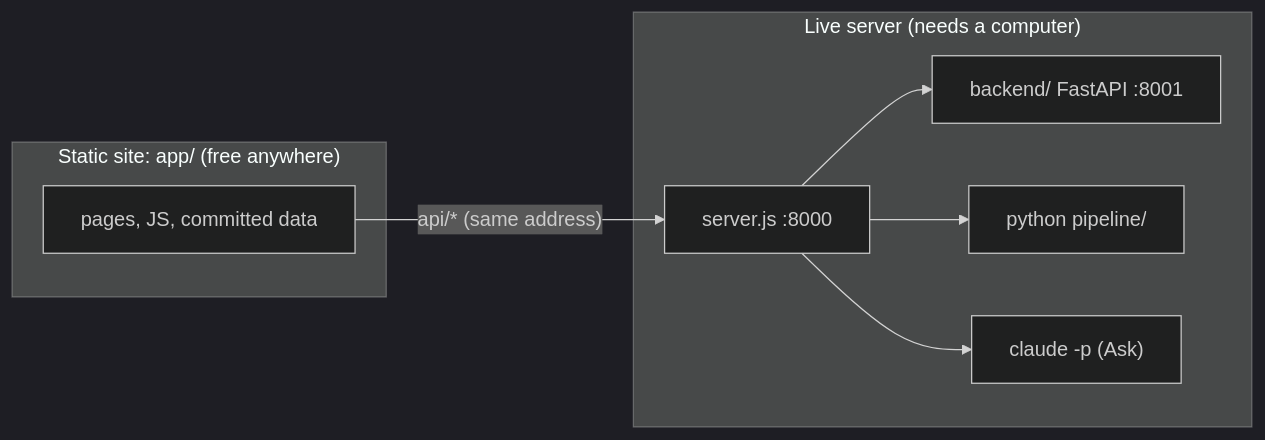
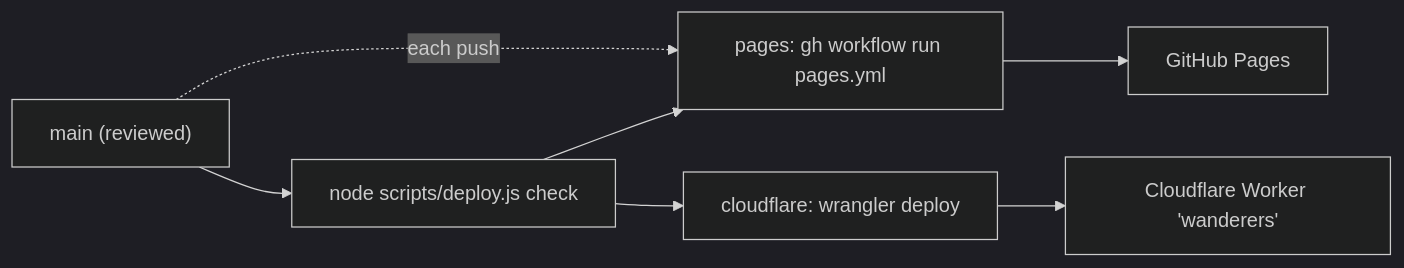
One commit to kneha07/WANDERERS changed the diagram in docs/deploy.md. Above: the diagram before and after it, drawn with Mermaid (dark theme). The commit also changed other lines of this file and 4 other files, not shown here.

First line of the commit message:
Deploy guide: two methods only, GitHub Pages and the Cloudflare Worker

````diff
--- a/docs/deploy.md
+++ b/docs/deploy.md
@@ -5,12 +14,7 @@
 ```mermaid
 flowchart LR
-  subgraph S["Static site: app/ (free anywhere)"]
-    H["pages, JS, committed data"]
-  end
-  subgraph L["Live server (needs a computer)"]
-    N["server.js :8000"] --> B["backend/ FastAPI :8001"]
-    N --> P["python pipeline/"]
-    N --> C["claude -p (Ask)"]
-  end
-  H -- "api/* (same address)" --> N
+  M["main (reviewed)"] --> C["node scripts/deploy.js check"]
+  C --> P["pages: gh workflow run pages.yml"] --> GP["GitHub Pages"]
+  C --> W["cloudflare: wrangler deploy"] --> CF["Cloudflare Worker 'wanderers'"]
+  M -. "each push" .-> P
 ```
````
